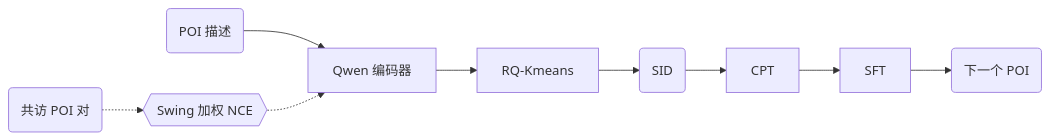
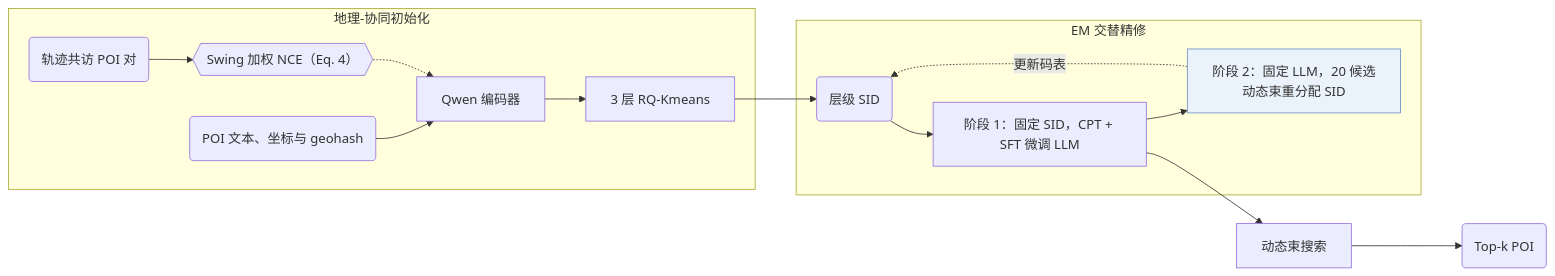
One commit to Galaxy-ghost/Awesome-SID-Generative-Rec changed the diagram in notes/zh/geogr.md. Above: the diagram before and after it, drawn with Mermaid. The commit also changed other lines of this file and 649 other files, not shown here.

Commit message:
writer-05: also tags and modality index (schema, check, build, visuals); summary field removed; calibration data for 12 papers

````diff
--- a/notes/zh/geogr.md
+++ b/notes/zh/geogr.md
@@ -14,11 +14,17 @@
 ```mermaid
 flowchart LR
-    A("POI 描述") --> B["Qwen 编码器"]
-    C("共访 POI 对") -.-> L1{{"Swing 加权 NCE"}}
-    L1 -.-> B
-    B --> D["RQ-Kmeans"]
-    D --> E("SID")
-    E --> F["CPT"]
-    F --> G["SFT"]
-    G --> H("下一个 POI")
+    subgraph Tok["地理-协同初始化"]
+        A("POI 文本、坐标与 geohash") --> B["Qwen 编码器"]
+        C("轨迹共访 POI 对") --> L1{{"Swing 加权 NCE（Eq. 4）"}}
+        L1 -.-> B
+        B --> D["3 层 RQ-Kmeans"]
+    end
+    subgraph Loop["EM 交替精修"]
+        D --> E("层级 SID")
+        E --> P1["阶段 1：固定 SID，CPT + SFT 微调 LLM"]
+        P1 --> P2["阶段 2：固定 LLM，20 候选动态束重分配 SID"]:::key
+        P2 -.->|更新码表| E
+    end
+    P1 --> H["动态束搜索"] --> O("Top-k POI")
+    classDef key fill:#eaf2fb,stroke:#6b8fc7
 ```
````
